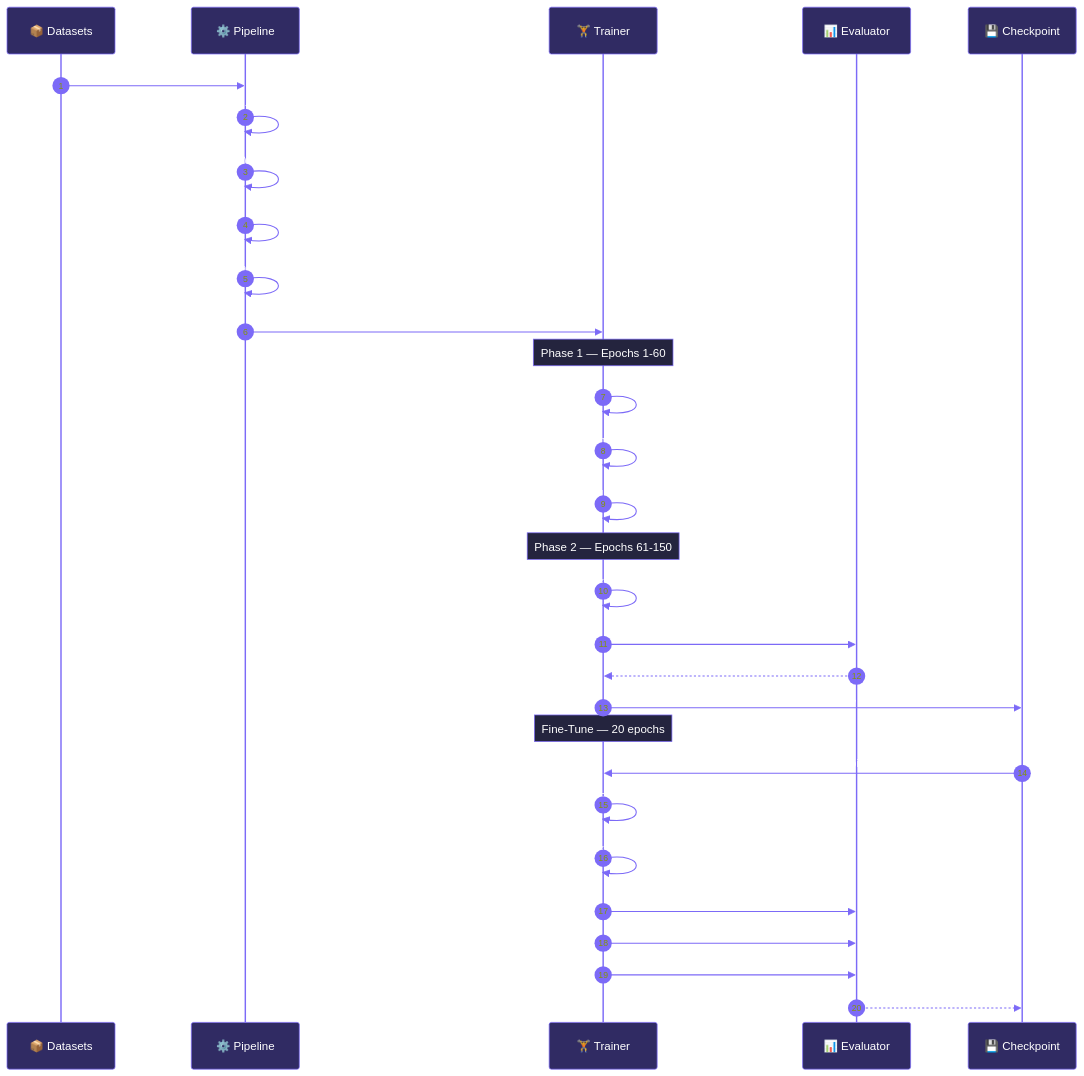
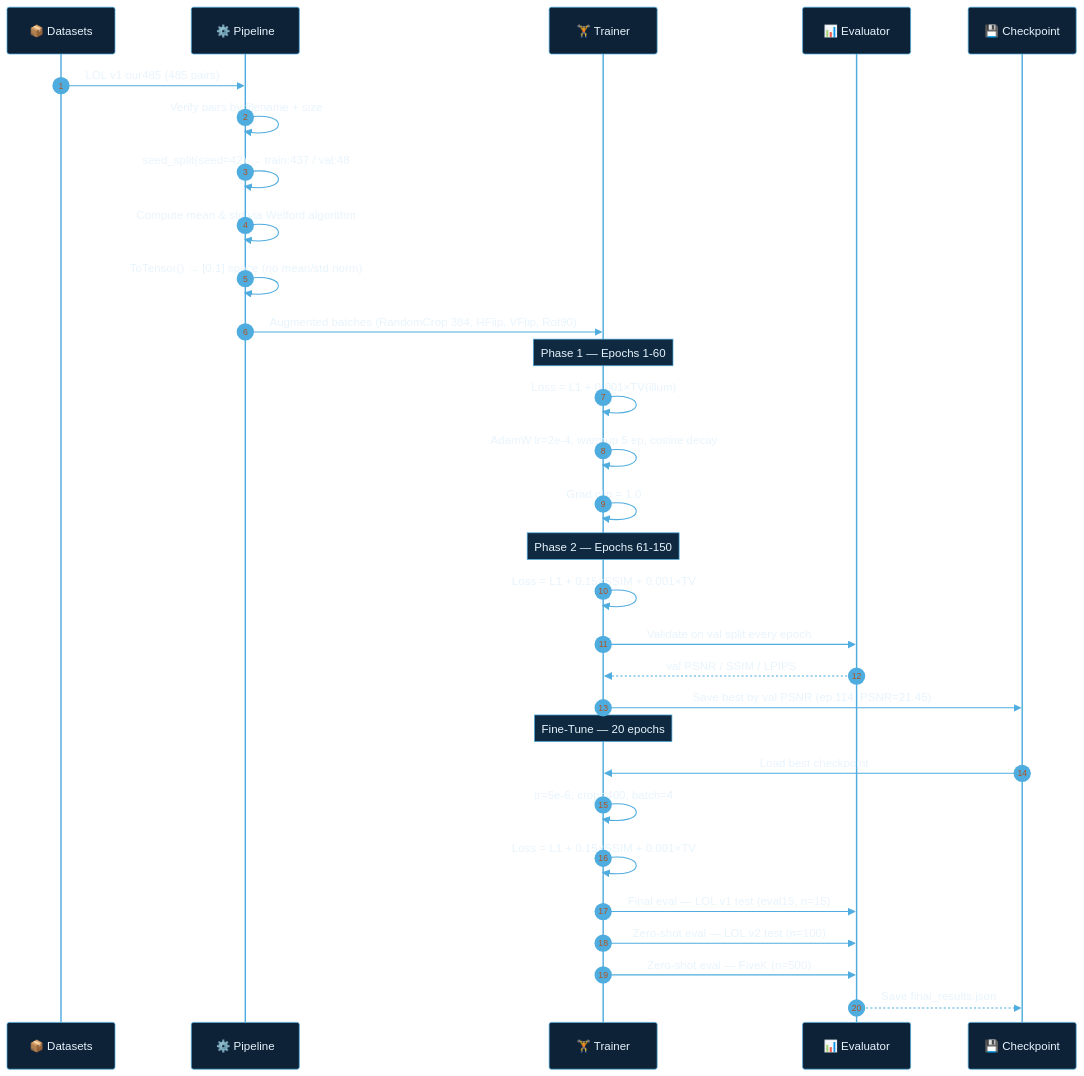
The second of 3 diagrams in README.md (DARusrus/H), drawn with Mermaid before and after one commit. The commit also changed other lines of this file, not shown here.

````diff
--- a/README.md
+++ b/README.md
@@ -134,58 +134,58 @@
 ```mermaid
 %%{init: {'theme': 'base', 'themeVariables': {
-  'primaryColor': '#302b63',
-  'primaryTextColor': '#ffffff',
-  'primaryBorderColor': '#7C6AF7',
-  'lineColor': '#7C6AF7',
-  'secondaryColor': '#0f0c29',
-  'tertiaryColor': '#24243e',
-  'actorBkg': '#302b63',
-  'actorBorder': '#7C6AF7',
-  'actorTextColor': '#ffffff',
-  'signalColor': '#7C6AF7',
-  'signalTextColor': '#ffffff',
-  'labelBoxBkgColor': '#24243e',
-  'labelBoxBorderColor': '#7C6AF7',
-  'labelTextColor': '#ffffff',
-  'loopTextColor': '#ffffff',
-  'noteBkgColor': '#24243e',
-  'noteBorderColor': '#7C6AF7',
-  'noteTextColor': '#ffffff'
+  'primaryColor': '#0d2137',
+  'primaryTextColor': '#e8f4fc',
+  'primaryBorderColor': '#4facde',
+  'lineColor': '#4facde',
+  'secondaryColor': '#0a1628',
+  'tertiaryColor': '#0f2a40',
+  'actorBkg': '#0d2137',
+  'actorBorder': '#4facde',
+  'actorTextColor': '#e8f4fc',
+  'signalColor': '#4facde',
+  'signalTextColor': '#e8f4fc',
+  'labelBoxBkgColor': '#0f2a40',
+  'labelBoxBorderColor': '#4facde',
+  'labelTextColor': '#e8f4fc',
+  'loopTextColor': '#e8f4fc',
+  'noteBkgColor': '#0f2a40',
+  'noteBorderColor': '#4facde',
+  'noteTextColor': '#e8f4fc'
 }}}%%
 sequenceDiagram
     autonumber
     participant DS as 📦 Datasets
     participant PP as ⚙️ Pipeline
     participant TR as 🏋️ Trainer
     participant EV as 📊 Evaluator
     participant CK as 💾 Checkpoint
 
     DS->>PP: LOL v1 our485 (485 pairs)
     PP->>PP: Verify pairs by filename + size
     PP->>PP: seed_split(seed=42) → train:437 / val:48
     PP->>PP: Compute mean & std via Welford algorithm
     PP->>PP: ToTensor() → [0,1] space (no mean/std norm)
     PP->>TR: Augmented batches (RandomCrop 384, HFlip, VFlip, Rot90)
 
     Note over TR: Phase 1 — Epochs 1-60
     TR->>TR: Loss = L1 + 0.001×TV(illum)
     TR->>TR: AdamW lr=2e-4, warmup 5 ep, cosine decay
     TR->>TR: Grad clip = 1.0
 
     Note over TR: Phase 2 — Epochs 61-150
     TR->>TR: Loss = L1 + 0.15×SSIM + 0.001×TV
     TR->>EV: Validate on val split every epoch
     EV-->>TR: val PSNR / SSIM / LPIPS
 
     TR->>CK: Save best by val PSNR (ep 114, PSNR=21.45)
 
     Note over TR: Fine-Tune — 20 epochs
     CK->>TR: Load best checkpoint
     TR->>TR: lr=5e-6, crop=400, batch=4
     TR->>TR: Loss = L1 + 0.15×SSIM + 0.001×TV
 
     TR->>EV: Final eval — LOL v1 test (eval15, n=15)
     TR->>EV: Zero-shot eval — LOL v2 test (n=100)
     TR->>EV: Zero-shot eval — FiveK (n=500)
     EV-->>CK: Save final_results.json
 ```
````
